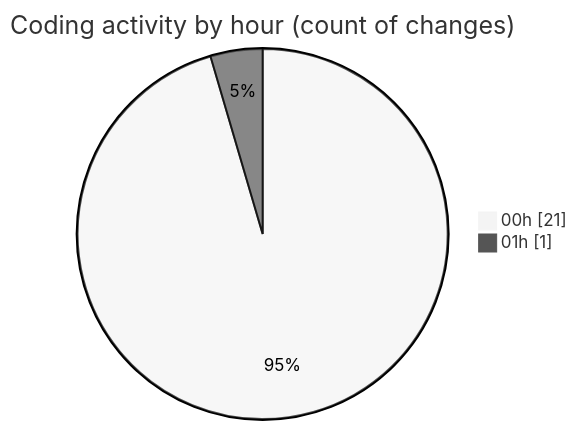
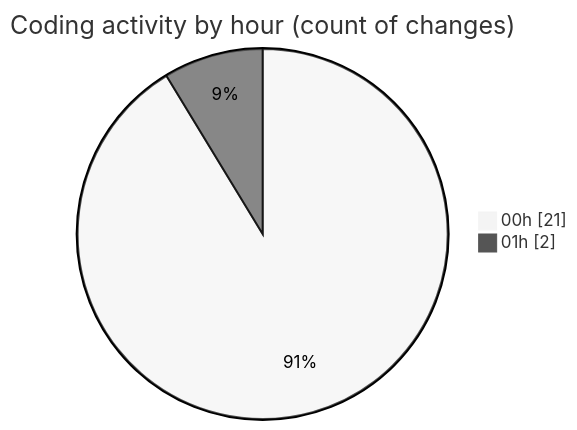
Before and after one commit to Ritupan-Deka/code-tracking: the second of 2 diagrams in 2025-06-22/___base/README.md, drawn with Mermaid (neutral theme). The commit also changed other lines of this file and 1 other file, not shown here.

````diff
--- a/2025-06-22/___base/README.md
+++ b/2025-06-22/___base/README.md
@@ -30,6 +30,6 @@
 ```mermaid
 pie showData
 title Coding activity by hour (count of changes)
 "00h" : 21
-"01h" : 1
+"01h" : 2
 ```
````
